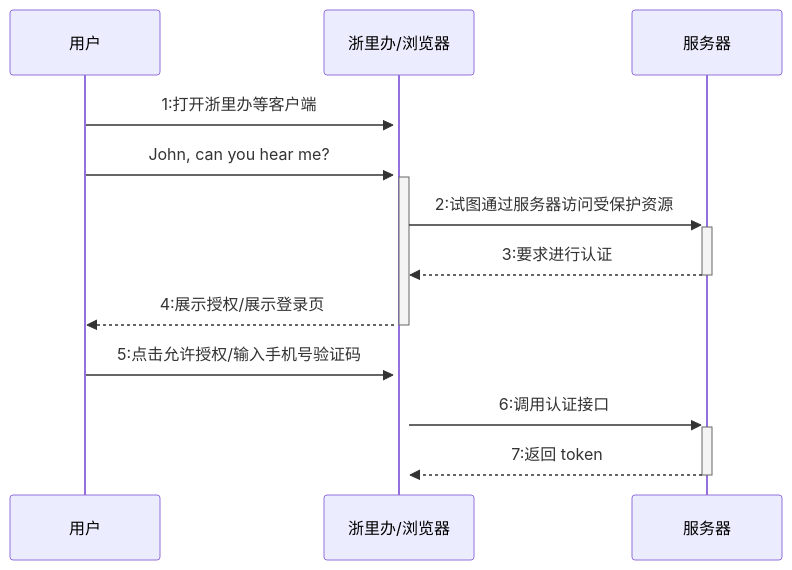
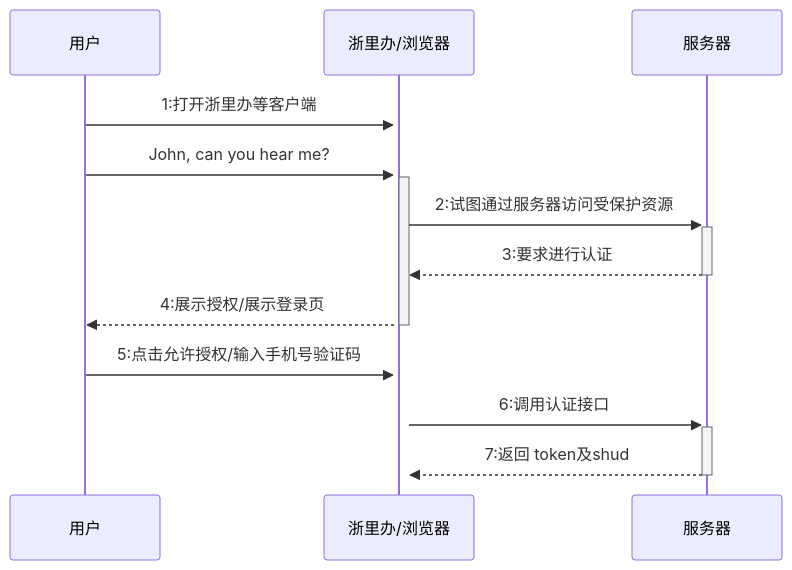
One commit to fifuntop/iodraw-files changed the diagram in all/居民端时序图.md. Above: the diagram before and after it, drawn with Mermaid.

Commit message:
2024-03-14 15:19:19 update

````diff
--- a/all/居民端时序图.md
+++ b/all/居民端时序图.md
@@ -1,12 +1,12 @@
 ```mermaid
 sequenceDiagram
     用户->>+浙里办/浏览器: 1:打开浙里办等客户端
     用户->>+浙里办/浏览器: John, can you hear me?
     浙里办/浏览器->>+服务器: 2:试图通过服务器访问受保护资源
     服务器-->>-浙里办/浏览器: 3:要求进行认证
     浙里办/浏览器-->>-用户: 4:展示授权/展示登录页
     用户->>+浙里办/浏览器: 5:点击允许授权/输入手机号验证码
     浙里办/浏览器->>+服务器: 6:调用认证接口
-    服务器-->>-浙里办/浏览器: 7:返回 token
+    服务器-->>-浙里办/浏览器: 7:返回 token及shud
             
 ```
````
